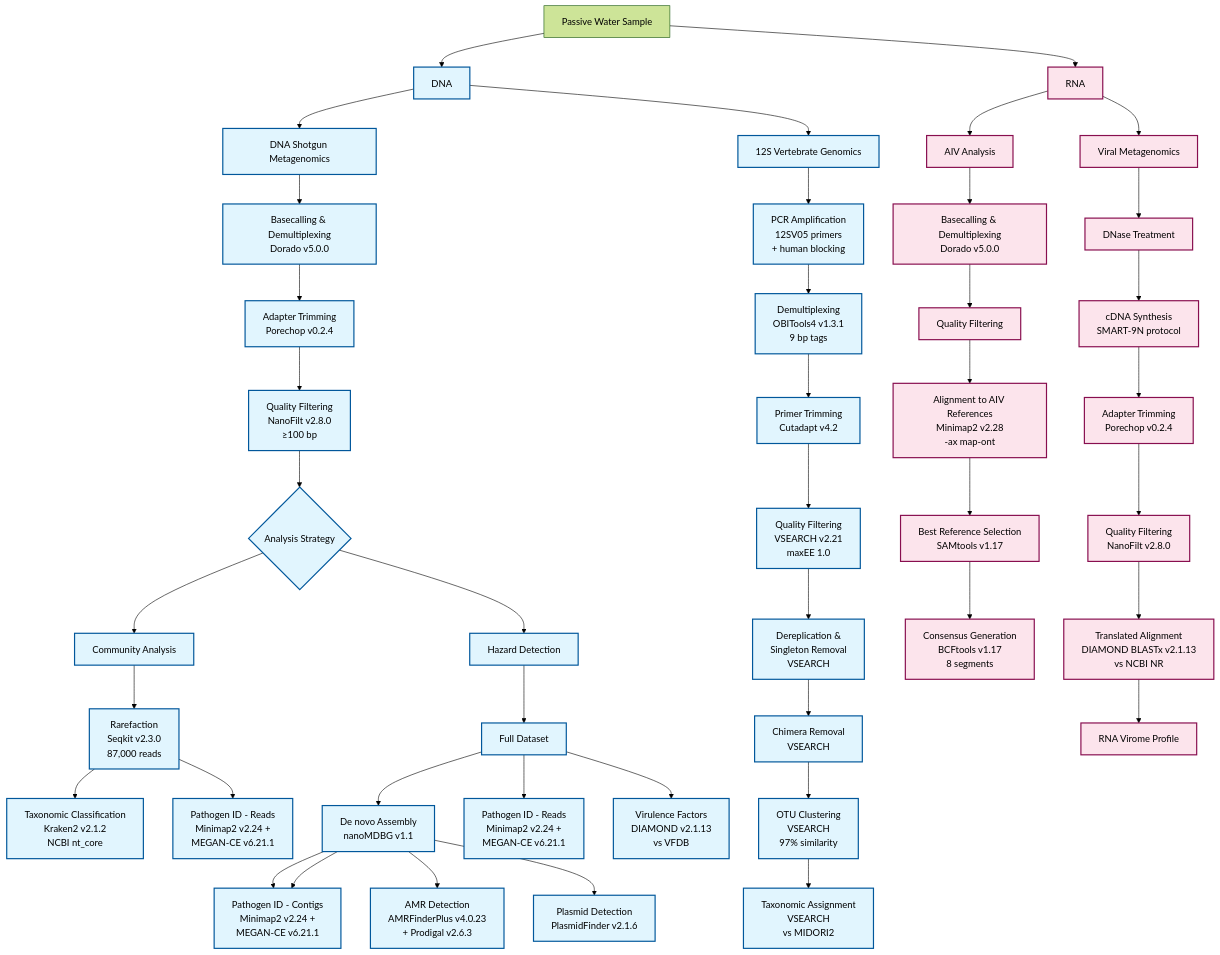
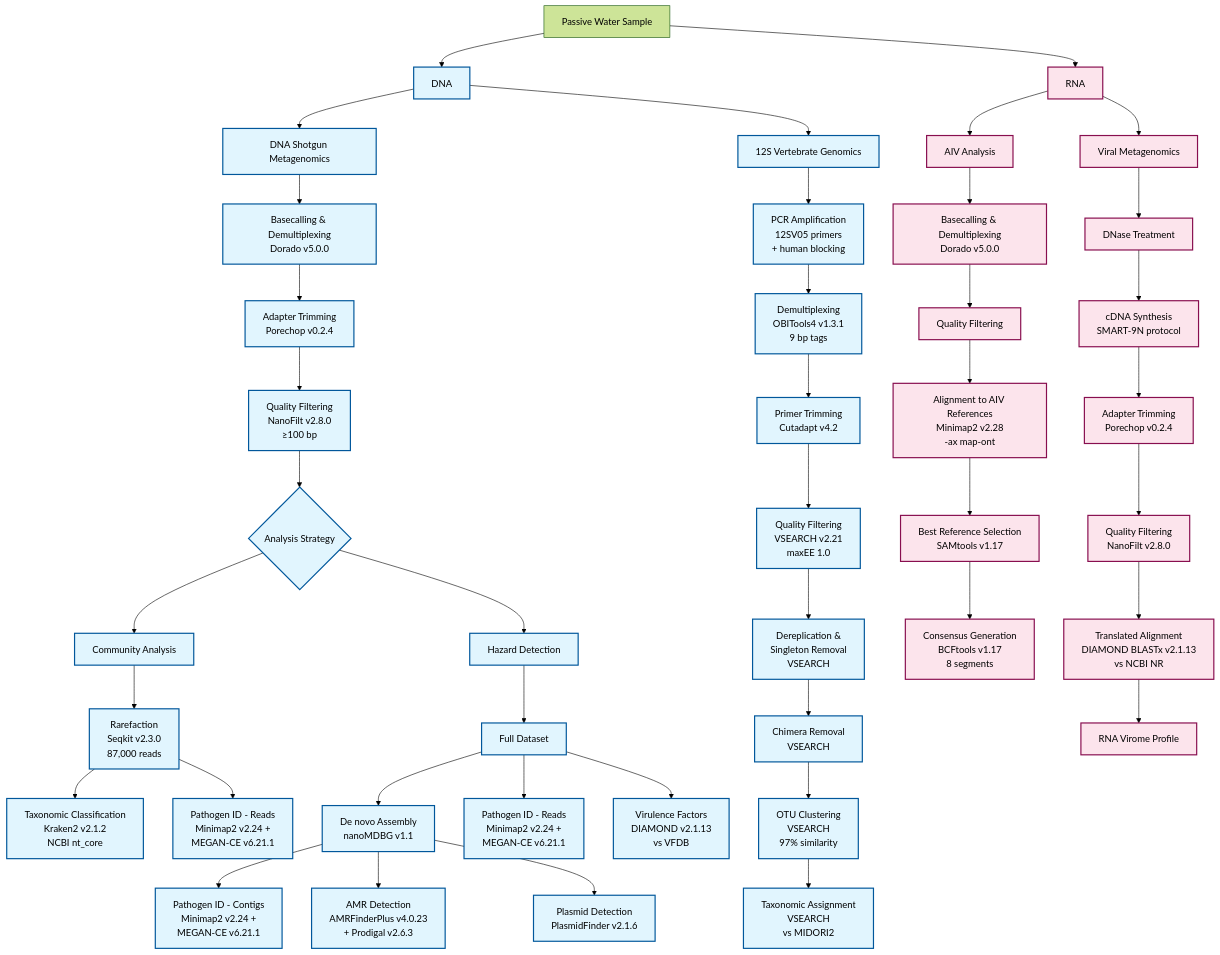
One commit to ttmgr/Wetland_Health changed the diagram in README.md. Above: the diagram before and after it, drawn with Mermaid (forest theme).

````diff
--- a/README.md
+++ b/README.md
@@ -164,68 +164,67 @@
 ```mermaid
 flowchart TD
     A[Passive Water Sample] --> B[DNA]
     A --> C[RNA]
     
     %% DNA Branch
     B --> D[DNA Shotgun Metagenomics]
     B --> E[12S Vertebrate Genomics]
     
     %% DNA Shotgun Pipeline
     D --> D1[Basecalling & Demultiplexing<br/>Dorado v5.0.0]
     D1 --> D2[Adapter Trimming<br/>Porechop v0.2.4]
     D2 --> D3[Quality Filtering<br/>NanoFilt v2.8.0<br/>≥100 bp]
     D3 --> D4{Analysis Strategy}
     
     D4 --> D5[Community Analysis]
     D4 --> D6[Hazard Detection]
     
     D5 --> D5a[Rarefaction<br/>Seqkit v2.3.0<br/>87,000 reads]
     D5a --> D5b[Taxonomic Classification<br/>Kraken2 v2.1.2<br/>NCBI nt_core]
     D5a --> D5c[Pathogen ID - Reads<br/>Minimap2 v2.24 +<br/>MEGAN-CE v6.21.1]
     
     D6 --> D6a[Full Dataset]
     D6a --> D6b[De novo Assembly<br/>nanoMDBG v1.1]
-    D6b --> D6c[Annotation<br/>Prokka v1.14.5]
     D6b --> D6c[Pathogen ID - Contigs<br/>Minimap2 v2.24 +<br/>MEGAN-CE v6.21.1]
     D6a --> D6h[Pathogen ID - Reads<br/>Minimap2 v2.24 +<br/>MEGAN-CE v6.21.1]
     D6b --> D6d[AMR Detection<br/>AMRFinderPlus v4.0.23<br/>+ Prodigal v2.6.3]
     D6b --> D6e[Plasmid Detection<br/>PlasmidFinder v2.1.6]
     D6a --> D6f[Virulence Factors<br/>DIAMOND v2.1.13<br/>vs VFDB]
     
     %% 12S Pipeline
     E --> E1[PCR Amplification<br/>12SV05 primers<br/>+ human blocking]
     E1 --> E2[Demultiplexing<br/>OBITools4 v1.3.1<br/>9 bp tags]
     E2 --> E3[Primer Trimming<br/>Cutadapt v4.2]
     E3 --> E4[Quality Filtering<br/>VSEARCH v2.21<br/>maxEE 1.0]
     E4 --> E5[Dereplication &<br/>Singleton Removal<br/>VSEARCH]
     E5 --> E6[Chimera Removal<br/>VSEARCH]
     E6 --> E7[OTU Clustering<br/>VSEARCH<br/>97% similarity]
     E7 --> E8[Taxonomic Assignment<br/>VSEARCH<br/>vs MIDORI2]
     
     %% RNA Branch
     C --> F[AIV Analysis]
     C --> G[Viral Metagenomics]
     
     %% AIV Pipeline
     F --> F1[Basecalling & Demultiplexing<br/>Dorado v5.0.0]
     F1 --> F2[Quality Filtering]
     F2 --> F3[Alignment to AIV References<br/>Minimap2 v2.28<br/>-ax map-ont]
     F3 --> F4[Best Reference Selection<br/>SAMtools v1.17]
     F4 --> F5[Consensus Generation<br/>BCFtools v1.17<br/>8 segments]
     
     %% Viromics Pipeline
     G --> G1[DNase Treatment]
     G1 --> G2[cDNA Synthesis<br/>SMART-9N protocol]
     G2 --> G3[Adapter Trimming<br/>Porechop v0.2.4]
     G3 --> G4[Quality Filtering<br/>NanoFilt v2.8.0]
     G4 --> G5[Translated Alignment<br/>DIAMOND BLASTx v2.1.13<br/>vs NCBI NR]
     G5 --> G6[RNA Virome Profile]
     
     %% Styling
     classDef dna fill:#e1f5fe,stroke:#01579b,stroke-width:2px
     classDef rna fill:#fce4ec,stroke:#880e4f,stroke-width:2px
     classDef tool fill:#f3e5f5,stroke:#4a148c,stroke-width:2px
     
     class B,D,E,D1,D2,D3,D4,D5,D5a,D5b,D5c,D6,D6a,D6b,D6c,D6d,D6e,D6f,D6g,D6h,E1,E2,E3,E4,E5,E6,E7,E8 dna
     class C,F,G,F1,F2,F3,F4,F5,G1,G2,G3,G4,G5,G6 rna
 ```
````
